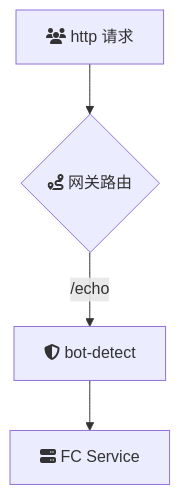
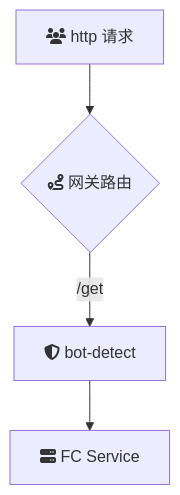
The diagram in bot-detect-plugin/README.md (msa-group/start-apig), drawn with Mermaid before and after one commit. The commit also changed other lines of this file and 1 other file, not shown here.

Commit message:
feat: add bot-detect-plugin

````diff
--- a/bot-detect-plugin/README.md
+++ b/bot-detect-plugin/README.md
@@ -44,6 +41,6 @@
 ```mermaid
 flowchart TB
 A[fa:fa-users http 请求] --> B{fa:fa-route 网关路由}
-	B -->|/echo| P1[fa:fa-shield-alt bot-detect]
+	B -->|/get| P1[fa:fa-shield-alt bot-detect]
 	P1 --> Backend[fa:fa-server FC Service]
 ```
````
